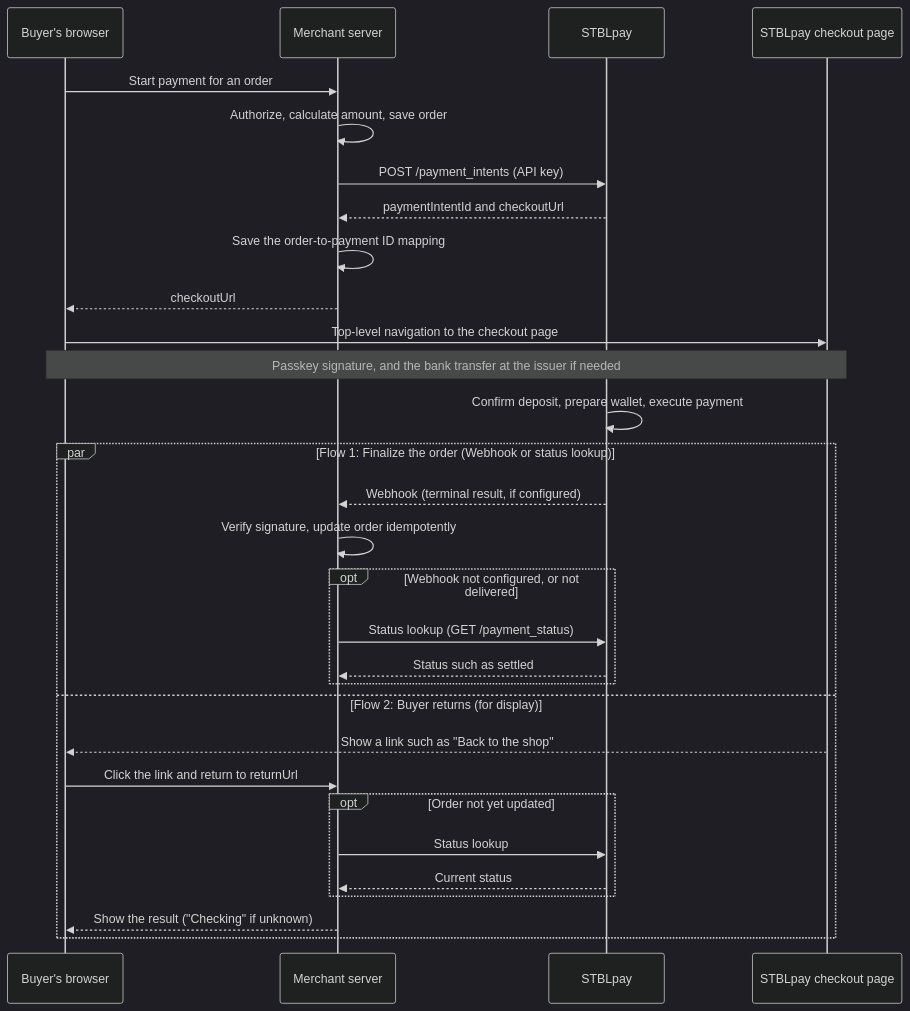
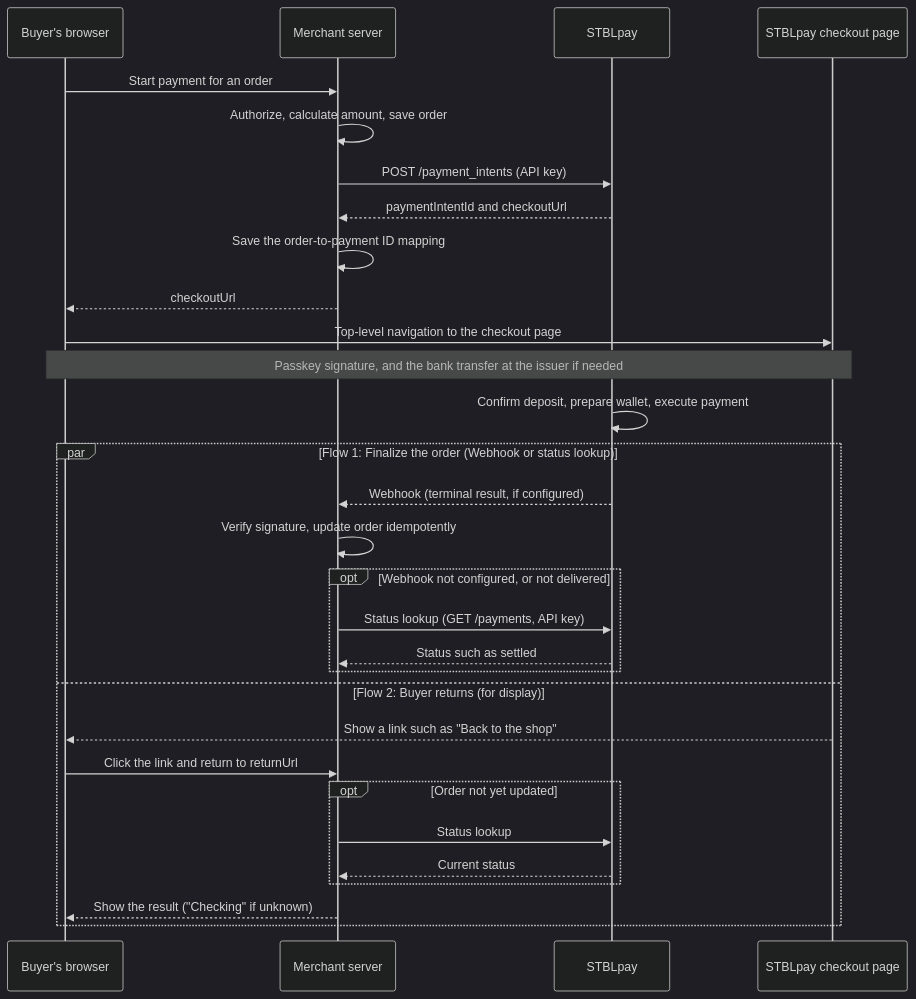
Before and after one commit to ango-ya/stbl-pay-site: the diagram in docs-site/i18n/en/docusaurus-plugin-content-docs/current/getting-started/payment-flow.md, drawn with Mermaid (dark theme). The commit also changed 8 other files, not shown here.

First line of the commit message:
fix(docs): 加盟店サーバーの照会を GET /payments 前提に直す（決済フロー・完了判定・FAQ・テストシナリオ）

````diff
--- a/docs-site/i18n/en/docusaurus-plugin-content-docs/current/getting-started/payment-flow.md
+++ b/docs-site/i18n/en/docusaurus-plugin-content-docs/current/getting-started/payment-flow.md
@@ -12,32 +12,32 @@
 ```mermaid
 sequenceDiagram
     participant User as Buyer's browser
     participant Shop as Merchant server
     participant Pay as STBLpay
     participant Page as STBLpay checkout page
     User->>Shop: Start payment for an order
     Shop->>Shop: Authorize, calculate amount, save order
     Shop->>Pay: POST /payment_intents (API key)
     Pay-->>Shop: paymentIntentId and checkoutUrl
     Shop->>Shop: Save the order-to-payment ID mapping
     Shop-->>User: checkoutUrl
     User->>Page: Top-level navigation to the checkout page
     Note over User,Page: Passkey signature, and the bank transfer at the issuer if needed
     Pay->>Pay: Confirm deposit, prepare wallet, execute payment
     par Flow 1: Finalize the order (Webhook or status lookup)
         Pay-->>Shop: Webhook (terminal result, if configured)
         Shop->>Shop: Verify signature, update order idempotently
         opt Webhook not configured, or not delivered
-            Shop->>Pay: Status lookup (GET /payment_status)
+            Shop->>Pay: Status lookup (GET /payments, API key)
             Pay-->>Shop: Status such as settled
         end
     and Flow 2: Buyer returns (for display)
         Page-->>User: Show a link such as "Back to the shop"
         User->>Shop: Click the link and return to returnUrl
         opt Order not yet updated
             Shop->>Pay: Status lookup
             Pay-->>Shop: Current status
         end
         Shop-->>User: Show the result ("Checking" if unknown)
     end
 ```
````
